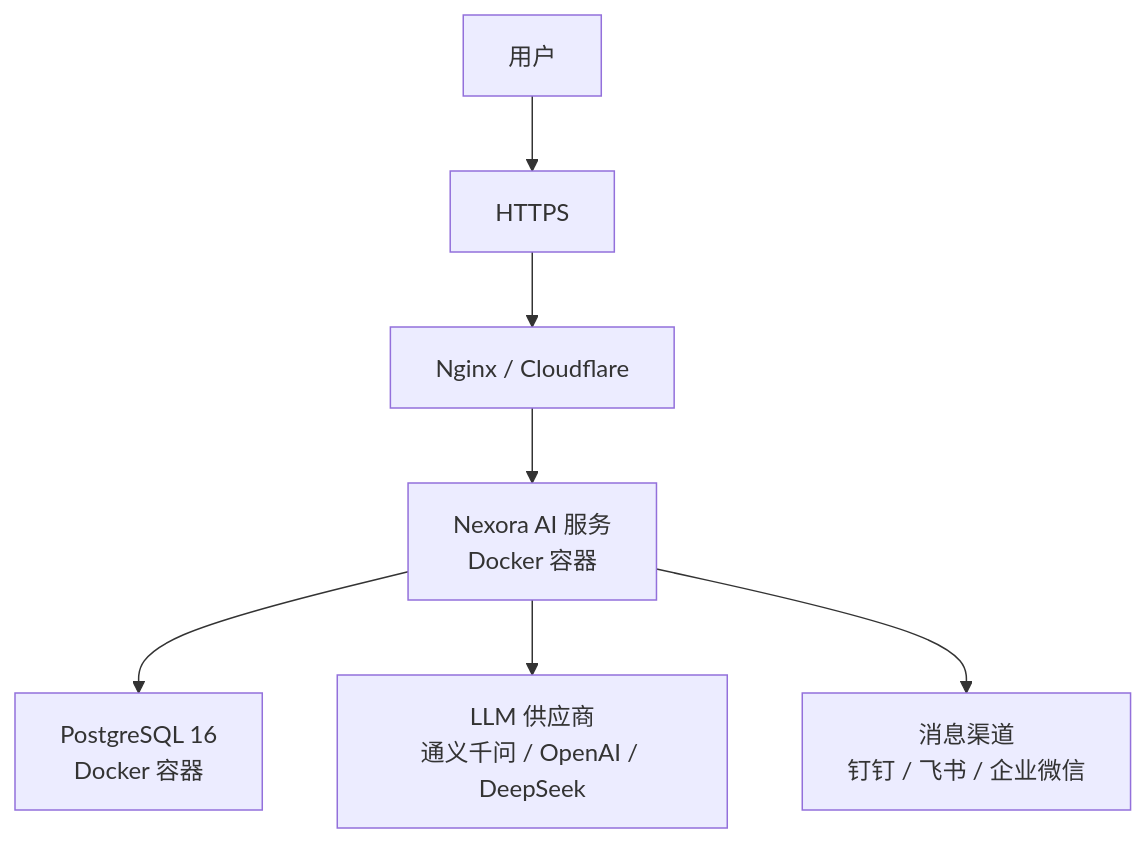
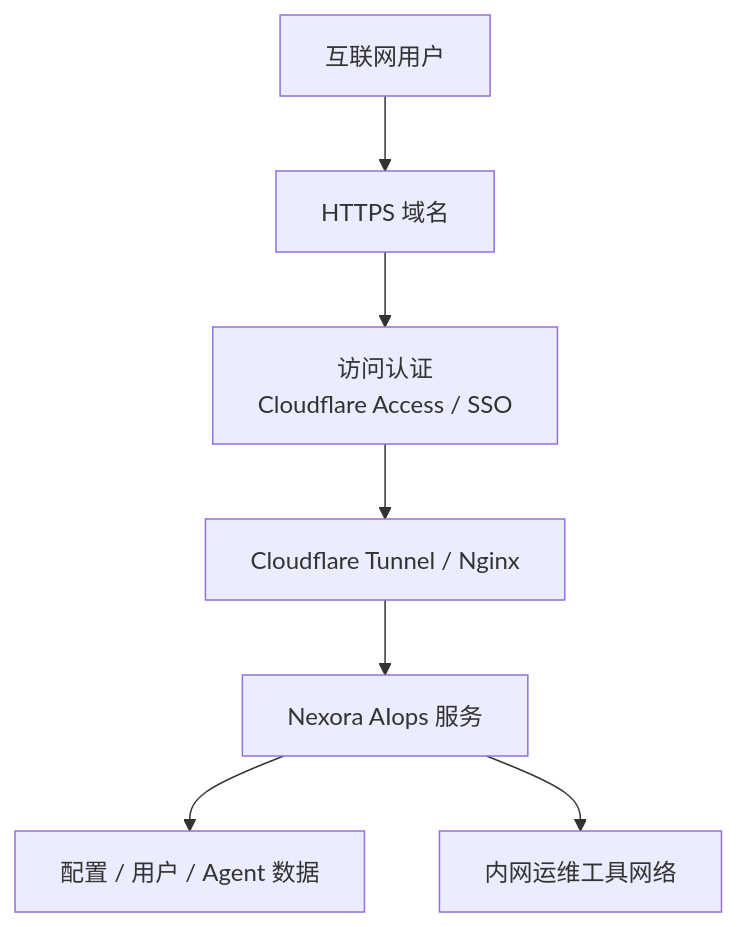
The seventh of 7 diagrams in docs/technical-solution.md (devjotaduo/nexora-ai-platform), drawn with Mermaid before and after one commit. The commit also changed other lines of this file and 39 other files, not shown here.

````diff
--- a/docs/technical-solution.md
+++ b/docs/technical-solution.md
@@ -428,9 +425,9 @@
 ```mermaid
 flowchart TB
-    User["用户"] --> HTTPS["HTTPS"]
-    HTTPS --> Gateway["Nginx / Cloudflare"]
-    Gateway --> App["Nexora AI 服务<br/>Docker 容器"]
-    App --> PG["PostgreSQL 16<br/>Docker 容器"]
-    App --> LLM["LLM 供应商<br/>通义千问 / OpenAI / DeepSeek"]
-    App --> Channels["消息渠道<br/>钉钉 / 飞书 / 企业微信"]
+    User["互联网用户"] --> HTTPS["HTTPS 域名"]
+    HTTPS --> Access["访问认证<br/>Cloudflare Access / SSO"]
+    Access --> Tunnel["Cloudflare Tunnel / Nginx"]
+    Tunnel --> App["Nexora AIops 服务"]
+    App --> LocalData["配置 / 用户 / Agent 数据"]
+    App --> OpsNetwork["内网运维工具网络"]
 ```
````
